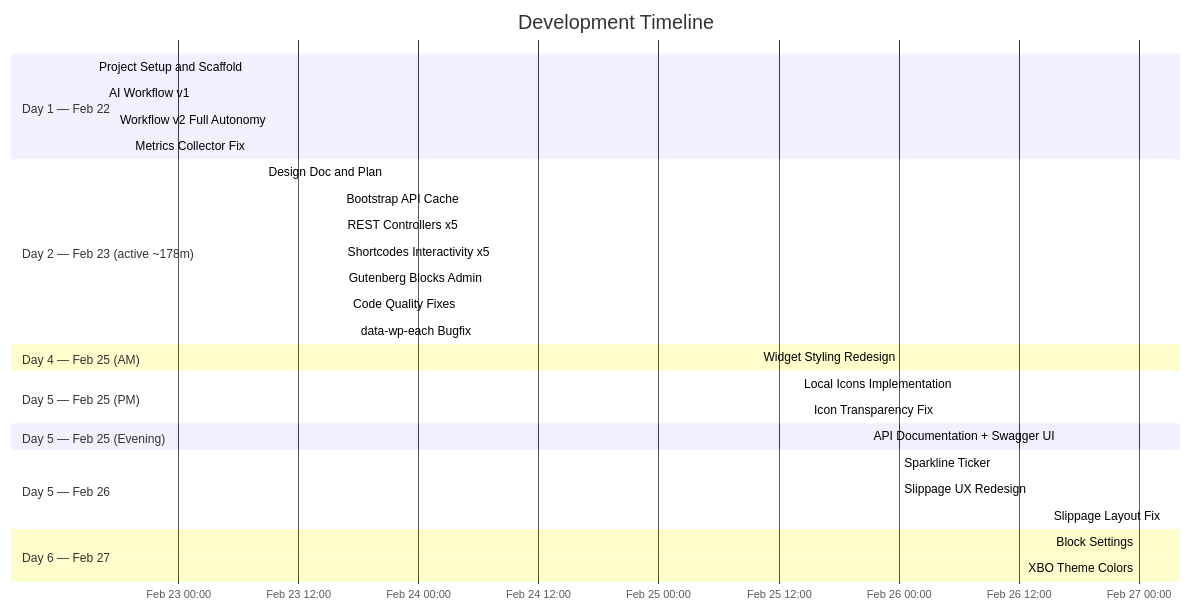
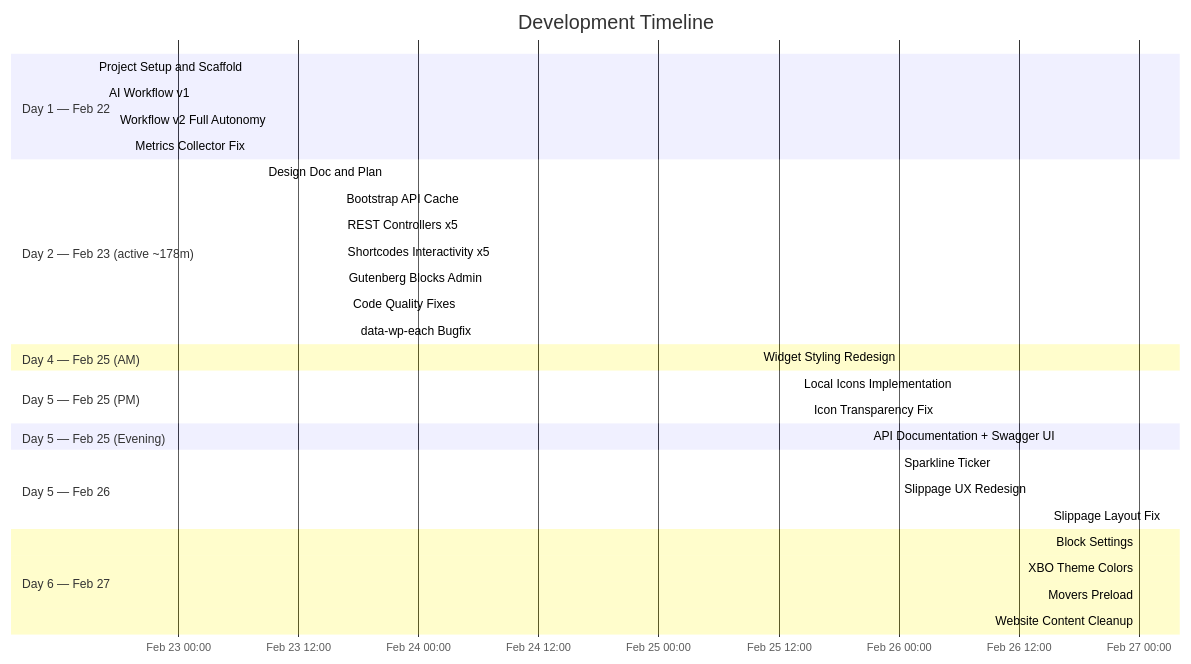
One commit to atlantdak/claude-code-hackathon-xbo-market-kit changed the third of 7 diagrams in README.md. Above: the diagram before and after it, drawn with Mermaid. The commit also changed other lines of this file and 5 other files, not shown here.

First line of the commit message:
docs: update website content, metrics, worklog, and README for content cleanup task

````diff
--- a/README.md
+++ b/README.md
@@ -91,33 +93,35 @@
 ```mermaid
 gantt
     title Development Timeline
     dateFormat YYYY-MM-DD HH:mm
     axisFormat %b %d %H:%M
     section Day 1 — Feb 22
     Project Setup and Scaffold   :done, setup, 2026-02-22 15:33, 62min
     AI Workflow v1               :done, wf1, 2026-02-22 16:35, 66min
     Workflow v2 Full Autonomy    :done, wf2, 2026-02-22 17:41, 90min
     Metrics Collector Fix        :done, fix, 2026-02-22 19:11, 18min
     section Day 2 — Feb 23 (active ~178m)
     Design Doc and Plan          :done, plan, 2026-02-23 08:26, 128min
     Bootstrap API Cache          :done, core, 2026-02-23 16:18, 5min
     REST Controllers x5          :done, rest, 2026-02-23 16:22, 4min
     Shortcodes Interactivity x5  :done, sc, 2026-02-23 16:26, 5min
     Gutenberg Blocks Admin       :done, blk, 2026-02-23 16:31, 23min
     Code Quality Fixes           :done, qa, 2026-02-23 16:54, 52min
     data-wp-each Bugfix          :done, bugfix, 2026-02-23 17:46, 1min
     section Day 4 — Feb 25 (AM)
     Widget Styling Redesign    :done, style, 2026-02-25 10:00, 34min
     section Day 5 — Feb 25 (PM)
     Local Icons Implementation :done, icons, 2026-02-25 14:00, 53min
     Icon Transparency Fix      :done, iconfix, 2026-02-25 15:00, 5min
     section Day 5 — Feb 25 (Evening)
     API Documentation + Swagger UI :done, apidocs, 2026-02-25 21:00, 70min
     section Day 5 — Feb 26
     Sparkline Ticker              :done, sparkline, 2026-02-26 00:00, 60min
     Slippage UX Redesign          :done, slippage, 2026-02-26 00:00, 60min
     Slippage Layout Fix           :done, slipfix, 2026-02-26 15:00, 30min
     section Day 6 — Feb 27
     Block Settings                :done, blocksettings, 2026-02-27 00:00, 55min
     XBO Theme Colors             :done, xbotheme, 2026-02-27 00:00, 15min
+    Movers Preload               :done, preload, 2026-02-27 00:00, 15min
+    Website Content Cleanup      :done, content, 2026-02-27 00:00, 20min
 ```
````
